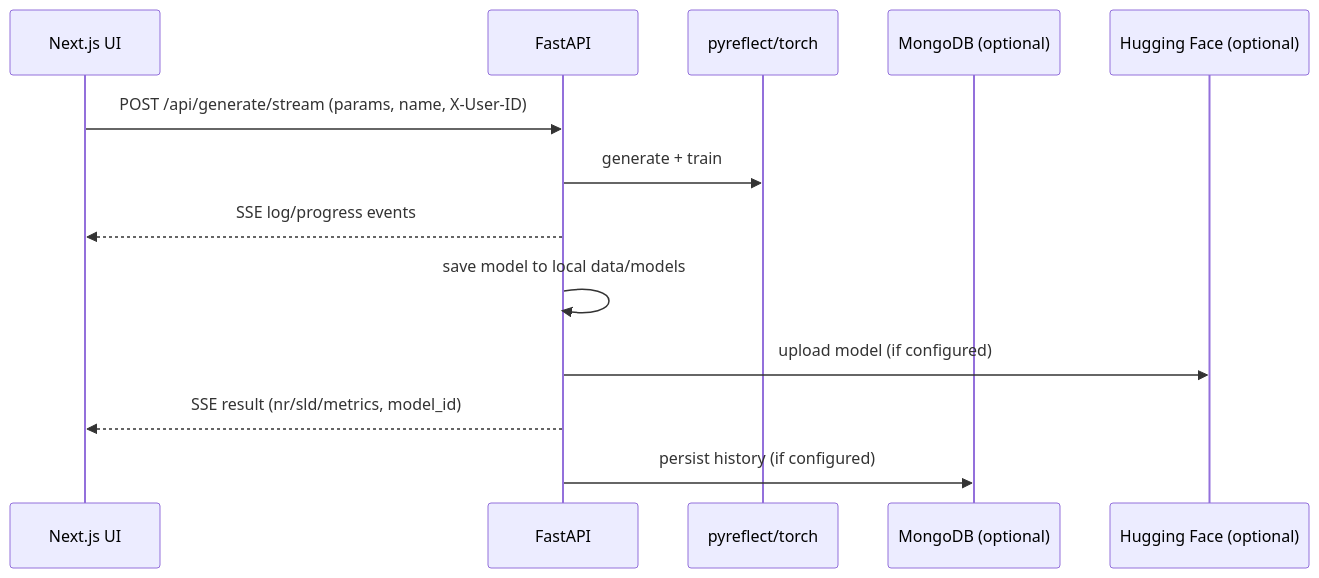
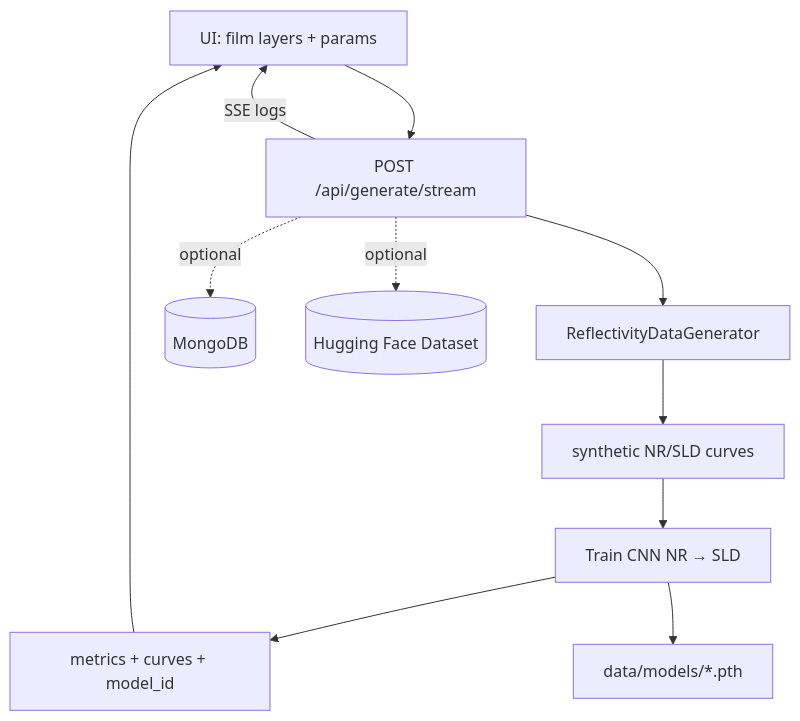
One commit to Northeastern-Research-ORNL-1/pyreflect-interface changed the second of 4 diagrams in README.md. Above: the diagram before and after it, drawn with Mermaid. The commit also changed other lines of this file and 9 other files, not shown here.

````diff
--- a/README.md
+++ b/README.md
@@ -58,16 +66,13 @@
 ```mermaid
-sequenceDiagram
-  participant UI as Next.js UI
-  participant API as FastAPI
-  participant PY as pyreflect/torch
-  participant DB as MongoDB (optional)
-  participant HF as Hugging Face (optional)
-
-  UI->>API: POST /api/generate/stream (params, name, X-User-ID)
-  API->>PY: generate + train
-  API-->>UI: SSE log/progress events
-  API->>API: save model to local data/models
-  API->>HF: upload model (if configured)
-  API-->>UI: SSE result (nr/sld/metrics, model_id)
-  API->>DB: persist history (if configured)
+flowchart TD
+  UI[UI: film layers + params] --> API[POST /api/generate/stream]
+  API --> GEN[ReflectivityDataGenerator]
+  GEN --> SYN[synthetic NR/SLD curves]
+  SYN --> TRAIN[Train CNN NR → SLD]
+  TRAIN --> RESULT[metrics + curves + model_id]
+  RESULT --> UI
+  TRAIN --> FS_MODELS[data/models/*.pth]
+  API -. optional .-> DB[(MongoDB)]
+  API -. optional .-> HF[(Hugging Face Dataset)]
+  API -- SSE logs --> UI
 ```
````
